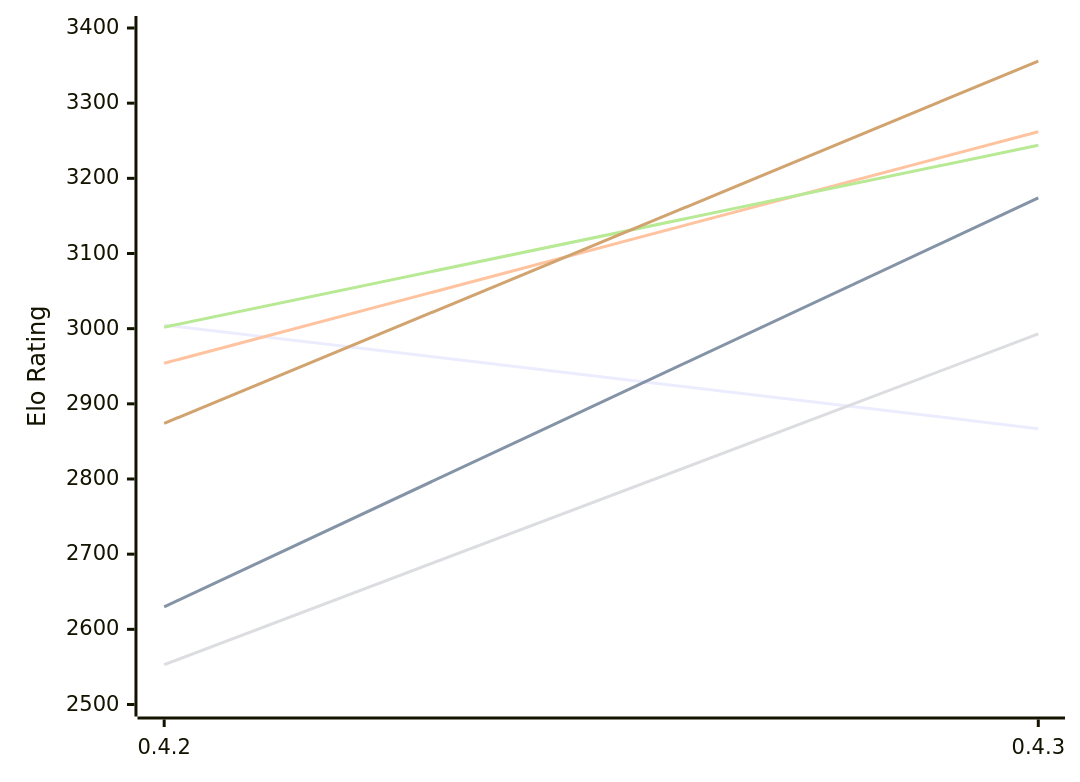
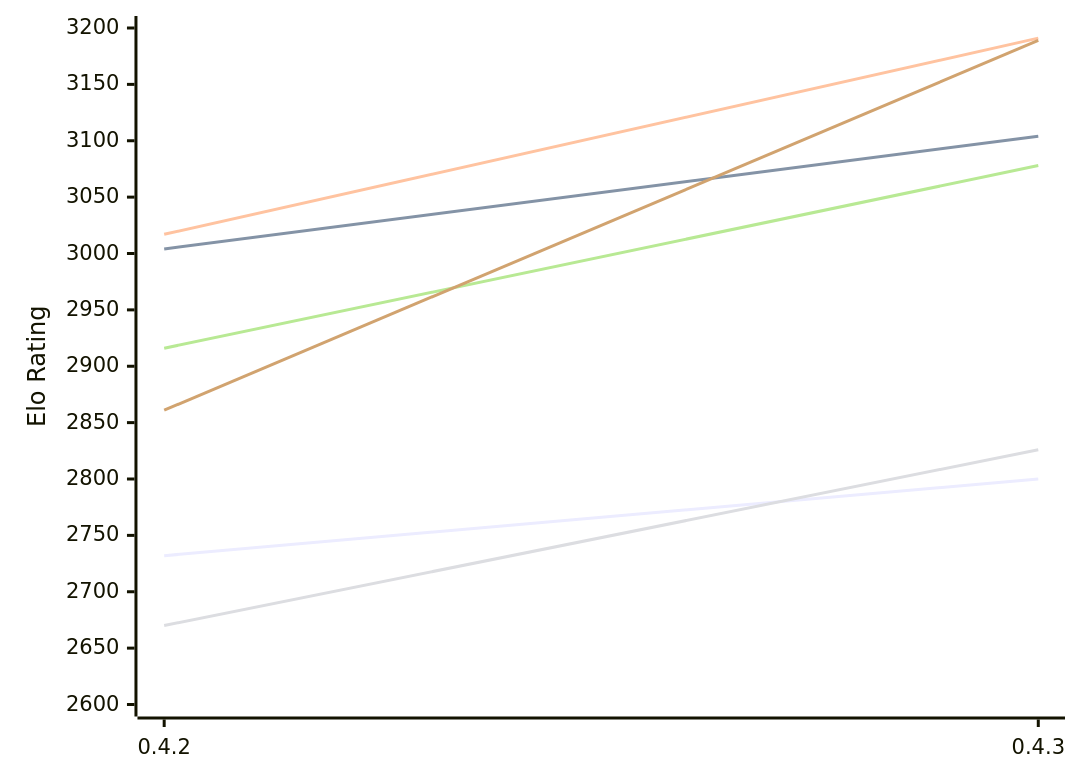
One commit to computer-chess-index/cci changed the first of 2 diagrams in engines/Dual.md. Above: the diagram before and after it, drawn with Mermaid. The commit also changed other lines of this file, not shown here.

Commit message:
Update CCI Ratings (ELO VLTC) - 2026-11-13

````diff
--- a/engines/Dual.md
+++ b/engines/Dual.md
@@ -56,12 +56,12 @@
 ```mermaid
 %%{init: {"theme":"base","themeVariables":{"seriesColors:['#a3a3a3','#222221','#faa371']}}}%%
 xychart-beta
   x-axis ["0.4.2", "0.4.3"]
-  y-axis "Elo Rating" 2500 --> 3400
-  line "E1: STC (8.0+0.08s)" [3005, 2867]
-  line "E1: LTC (60.0+0.60s)" [2630, 3174]
-  line "E1: VLTC (2m24s+1.12s)" [2954, 3262]
-  line "P1: STC (8.0+0.08s)" [2553, 2993]
-  line "P1: LTC (60.0+0.60s)" [3002, 3244]
-  line "P1: VLTC (2m24s+1.12s)" [2874, 3356]
+  y-axis "Elo Rating" 2600 --> 3200
+  line "E1: STC (8.0+0.08s)" [2732, 2800]
+  line "E1: LTC (60.0+0.60s)" [3004, 3104]
+  line "E1: VLTC (2m24s+1.12s)" [3017, 3191]
+  line "P1: STC (8.0+0.08s)" [2670, 2826]
+  line "P1: LTC (60.0+0.60s)" [2916, 3078]
+  line "P1: VLTC (2m24s+1.12s)" [2861, 3189]
 ```
````
